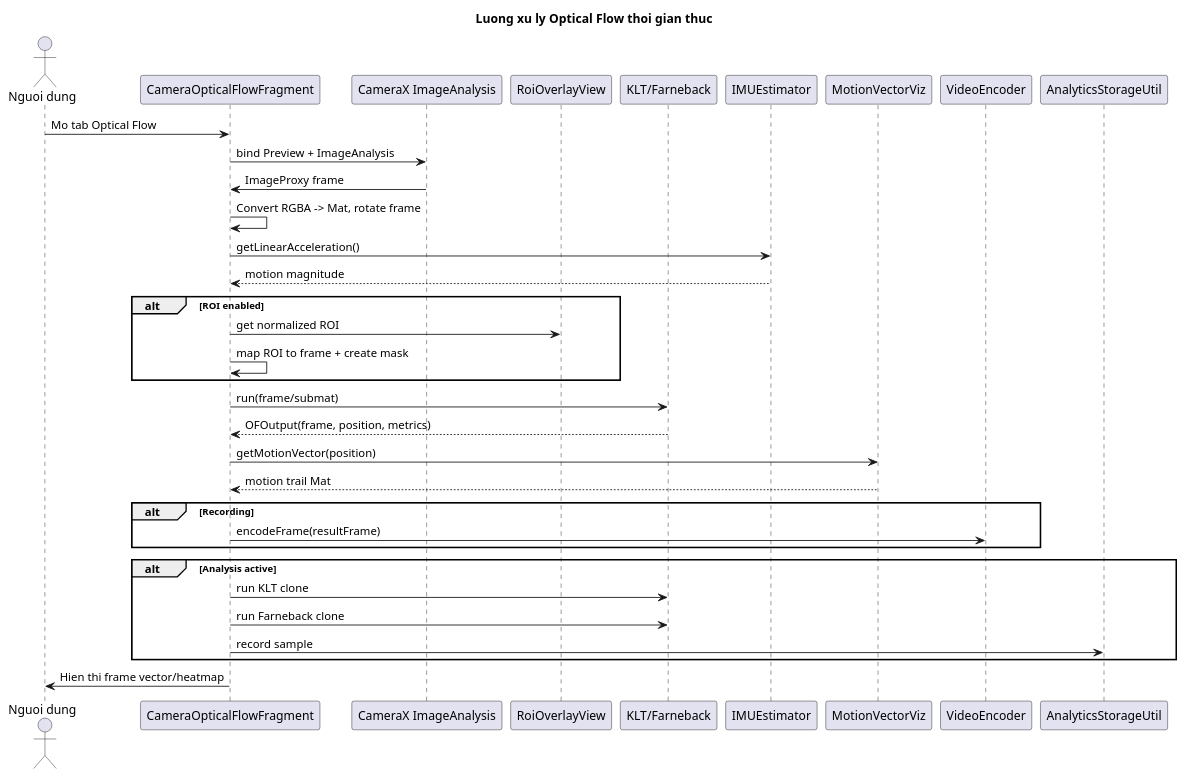
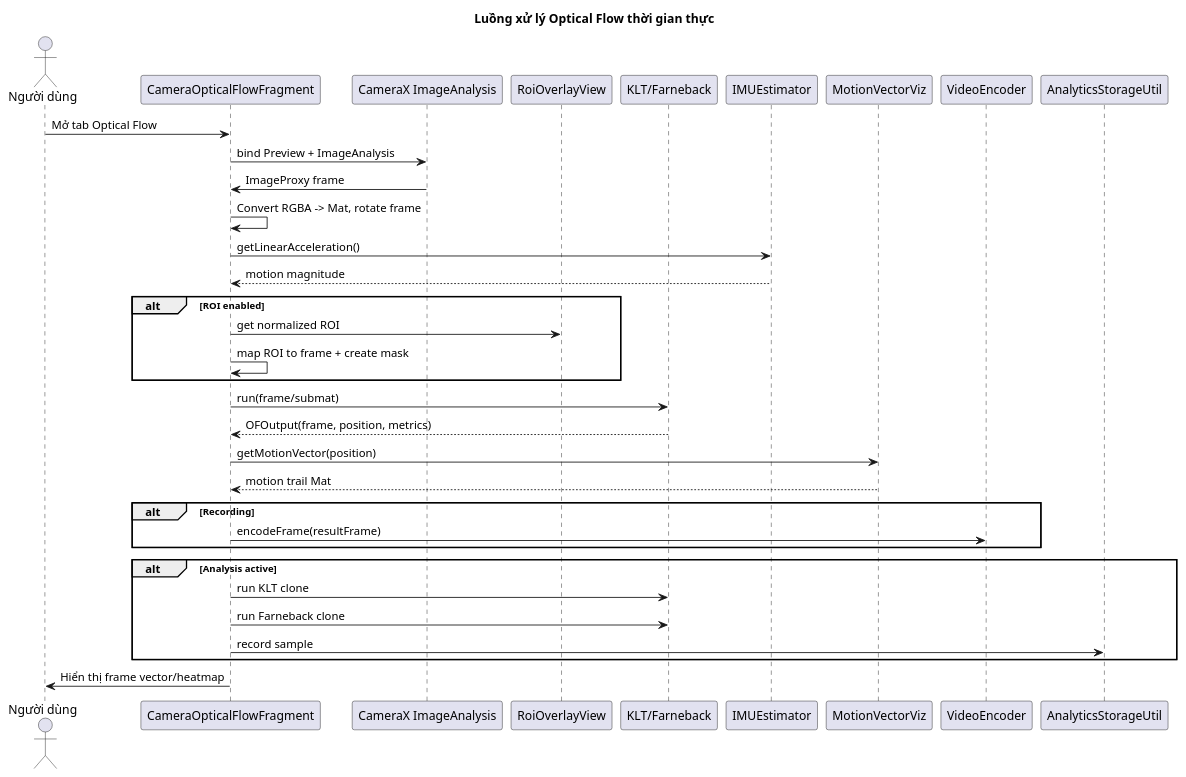
Before and after one commit to thanhmobile080604/My-Thesis-Latex: the diagram in PlantUML/optical_flow_sequence.puml, drawn with PlantUML. The commit also changed 47 other files, not shown here.

```diff
--- a/PlantUML/optical_flow_sequence.puml
+++ b/PlantUML/optical_flow_sequence.puml
@@ -1,43 +1,43 @@
 @startuml
-title Luong xu ly Optical Flow thoi gian thuc
+title Luồng xử lý Optical Flow thời gian thực
 
-actor "Nguoi dung" as User
+actor "Người dùng" as User
 participant "CameraOpticalFlowFragment" as Fragment
 participant "CameraX ImageAnalysis" as CameraX
 participant "RoiOverlayView" as ROI
 participant "KLT/Farneback" as Algorithm
 participant "IMUEstimator" as IMU
 participant "MotionVectorViz" as MV
 participant "VideoEncoder" as Encoder
 participant "AnalyticsStorageUtil" as Analytics
 
-User -> Fragment : Mo tab Optical Flow
+User -> Fragment : Mở tab Optical Flow
 Fragment -> CameraX : bind Preview + ImageAnalysis
 CameraX -> Fragment : ImageProxy frame
 Fragment -> Fragment : Convert RGBA -> Mat, rotate frame
 Fragment -> IMU : getLinearAcceleration()
 IMU --> Fragment : motion magnitude
 
 alt ROI enabled
   Fragment -> ROI : get normalized ROI
   Fragment -> Fragment : map ROI to frame + create mask
 end
 
 Fragment -> Algorithm : run(frame/submat)
 Algorithm --> Fragment : OFOutput(frame, position, metrics)
 Fragment -> MV : getMotionVector(position)
 MV --> Fragment : motion trail Mat
 
 alt Recording
   Fragment -> Encoder : encodeFrame(resultFrame)
 end
 
 alt Analysis active
   Fragment -> Algorithm : run KLT clone
   Fragment -> Algorithm : run Farneback clone
   Fragment -> Analytics : record sample
 end
 
-Fragment -> User : Hien thi frame vector/heatmap
+Fragment -> User : Hiển thị frame vector/heatmap
 
 @enduml
```
